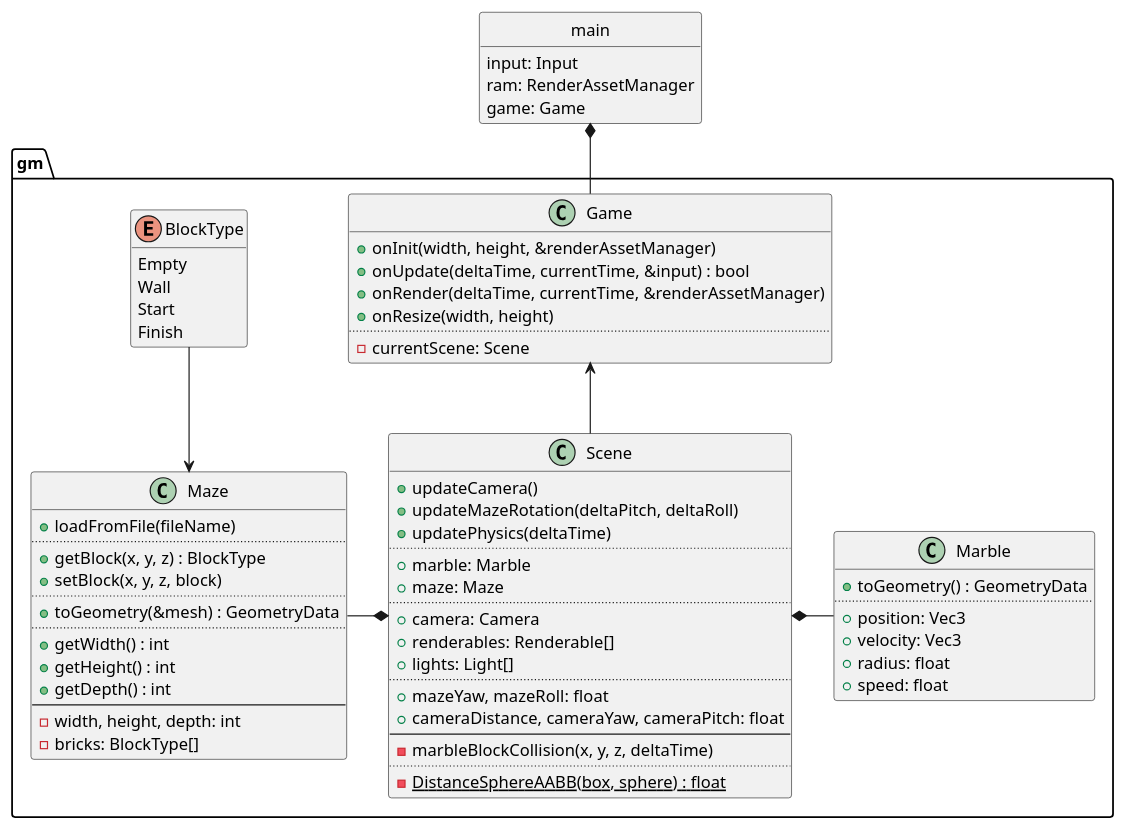
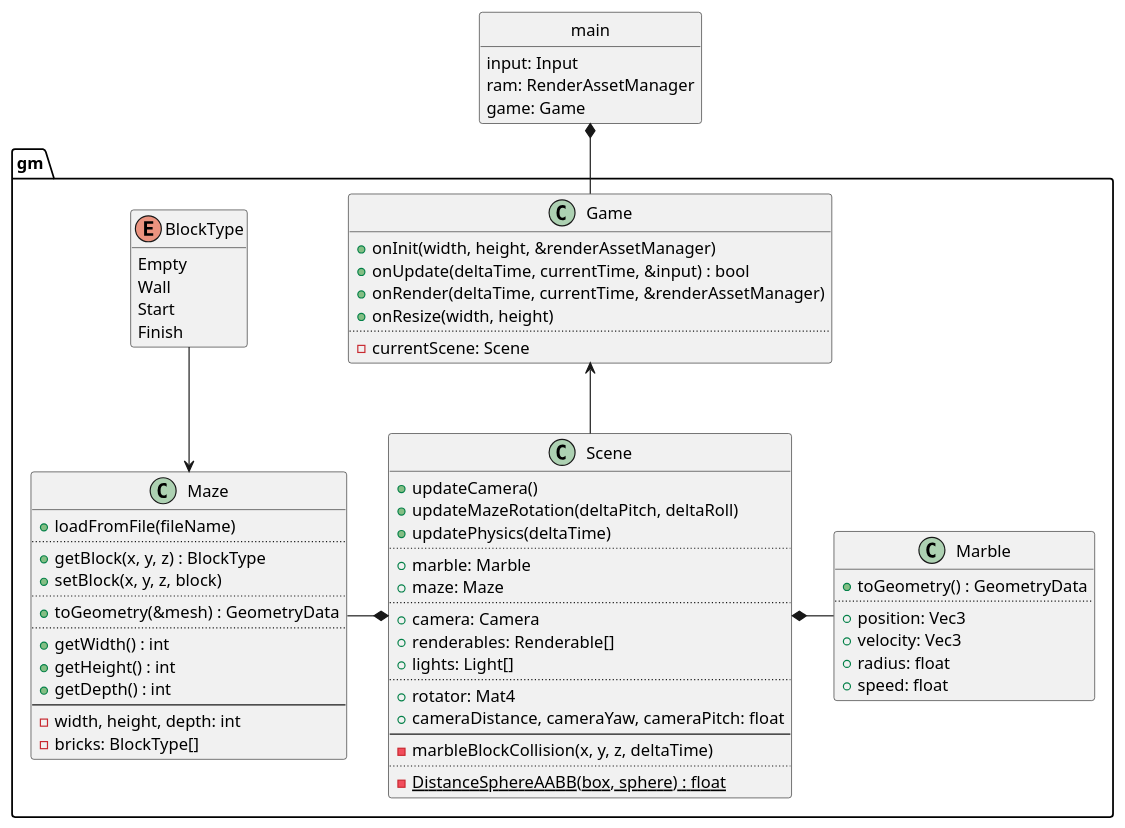
One commit to ba6er/marblemaze changed the diagram in design/uml/game.puml. Above: the diagram before and after it, drawn with PlantUML. The commit also changed 4 other files, not shown here.

```diff
--- a/design/uml/game.puml
+++ b/design/uml/game.puml
@@ -1,82 +1,82 @@
 @startuml
 set separator ::
 
 class gm::Game {
 	+onInit(width, height, &renderAssetManager)
 	+onUpdate(deltaTime, currentTime, &input) : bool
 	+onRender(deltaTime, currentTime, &renderAssetManager)
 	+onResize(width, height)
 	..
 	-currentScene: Scene
 }
 
 class gm::Scene {
 	+updateCamera()
 	+updateMazeRotation(deltaPitch, deltaRoll)
 	+updatePhysics(deltaTime)
 	..
 	+marble: Marble
 	+maze: Maze
 	..
 	+camera: Camera
 	+renderables: Renderable[]
 	+lights: Light[]
 	..
-	+mazeYaw, mazeRoll: float
+	+rotator: Mat4
 	+cameraDistance, cameraYaw, cameraPitch: float
 	--
 	-marbleBlockCollision(x, y, z, deltaTime)
 	..
 	{static} -DistanceSphereAABB(box, sphere) : float
 }
 
 enum gm::BlockType {
 	Empty
 	Wall
 	Start
 	Finish
 }
 hide BlockType methods
 
 class gm::Maze {
 	+loadFromFile(fileName)
 	..
 	+getBlock(x, y, z) : BlockType
 	+setBlock(x, y, z, block)
 	..
 	+toGeometry(&mesh) : GeometryData
 	..
 	+getWidth() : int
 	+getHeight() : int
 	+getDepth() : int
 	--
 	-width, height, depth: int
 	-bricks: BlockType[]
 }
 
 class gm::Marble {
 	+toGeometry() : GeometryData
 	..
 	+position: Vec3
 	+velocity: Vec3
 	+radius: float
 	+speed: float
 }
 
 class main {
 	input: Input
 	ram: RenderAssetManager
 	game: Game
 }
 hide main circle
 hide main methods
 
 main *-- Game
 Game <-- Scene
 
 Maze <-up- BlockType
 
 Scene *-left- Maze
 Scene *-right- Marble
 
 @enduml
```
